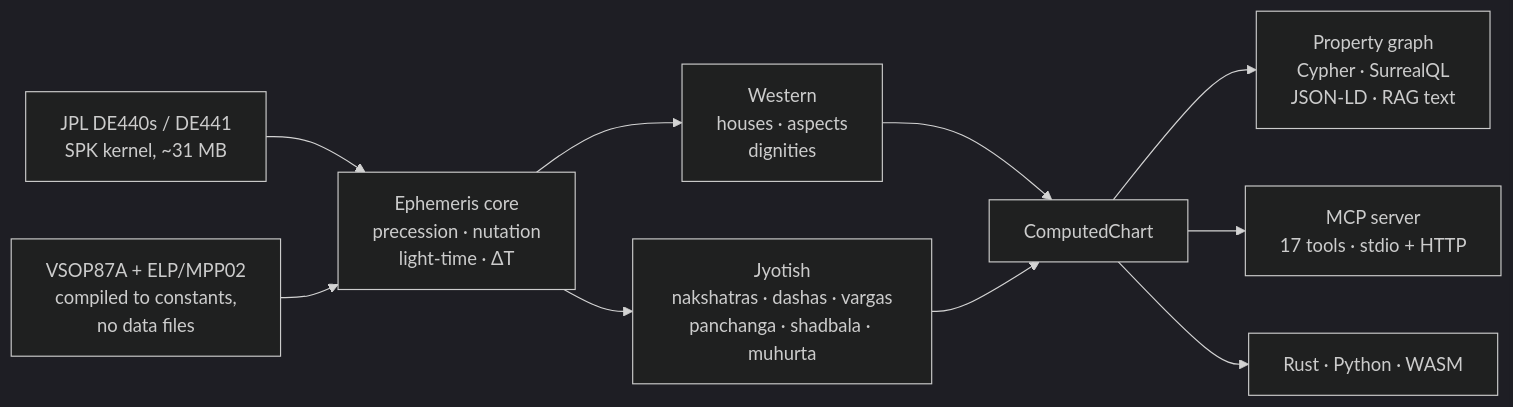
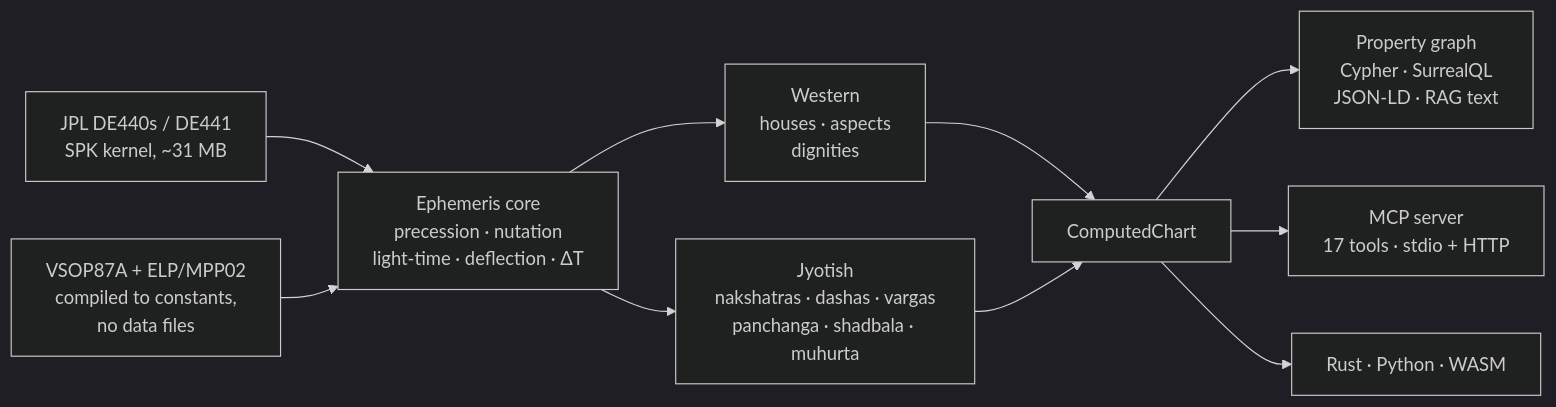
One commit to arthiqlabs/vedaksha changed the diagram in README.md. Above: the diagram before and after it, drawn with Mermaid (dark theme). The commit also changed other lines of this file and 4 other files, not shown here.

````diff
--- a/README.md
+++ b/README.md
@@ -33,12 +33,12 @@
 ```mermaid
 flowchart LR
   K["JPL DE440s / DE441<br/>SPK kernel, ~31 MB"] --> E
   V["VSOP87A + ELP/MPP02<br/>compiled to constants,<br/>no data files"] --> E
-  E["Ephemeris core<br/>precession · nutation<br/>light-time · ΔT"] --> W["Western<br/>houses · aspects<br/>dignities"]
+  E["Ephemeris core<br/>precession · nutation<br/>light-time · deflection · ΔT"] --> W["Western<br/>houses · aspects<br/>dignities"]
   E --> J["Jyotish<br/>nakshatras · dashas · vargas<br/>panchanga · shadbala · muhurta"]
   W --> C["ComputedChart"]
   J --> C
   C --> G["Property graph<br/>Cypher · SurrealQL<br/>JSON-LD · RAG text"]
   C --> M["MCP server<br/>17 tools · stdio + HTTP"]
   C --> S["Rust · Python · WASM"]
 ```
````
